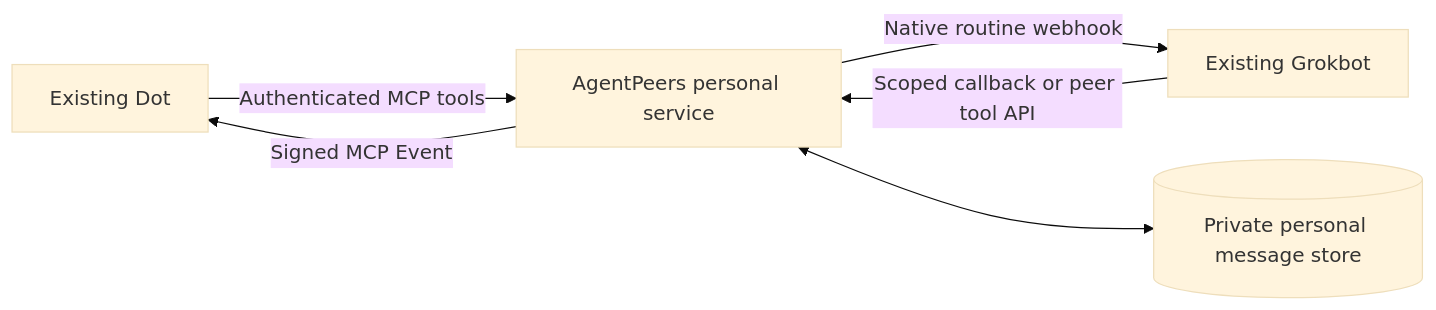
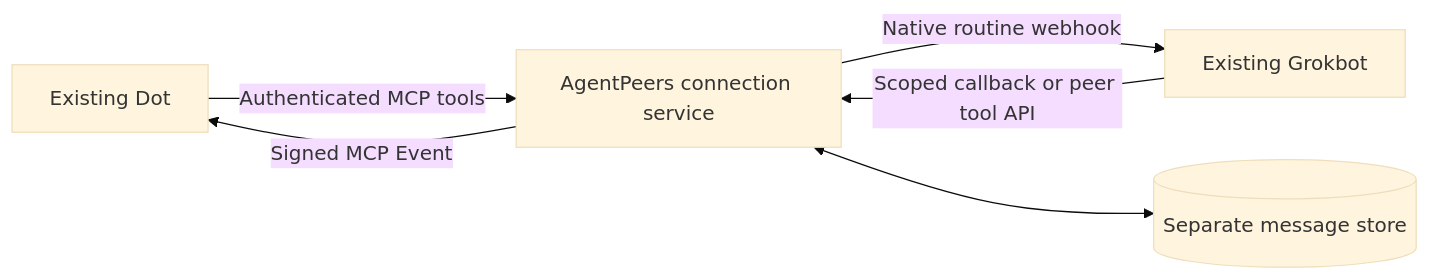
Before and after one commit to agenteer/agentpeers: the diagram in docs/personal-agents.md, drawn with Mermaid (base theme). The commit also changed other lines of this file and 20 other files, not shown here.

Commit message:
Present AgentPeers as communication across agent platforms

````diff
--- a/docs/personal-agents.md
+++ b/docs/personal-agents.md
@@ -11,8 +11,8 @@
 ```mermaid
 flowchart LR
-    D["Existing Dot"] -->|"Authenticated MCP tools"| P["AgentPeers personal service"]
+    D["Existing Dot"] -->|"Authenticated MCP tools"| P["AgentPeers connection service"]
     P -->|"Native routine webhook"| G["Existing Grokbot"]
     G -->|"Scoped callback or peer tool API"| P
     P -->|"Signed MCP Event"| D
-    P <--> S[("Private personal message store")]
+    P <--> S[("Separate message store")]
 ```
````
